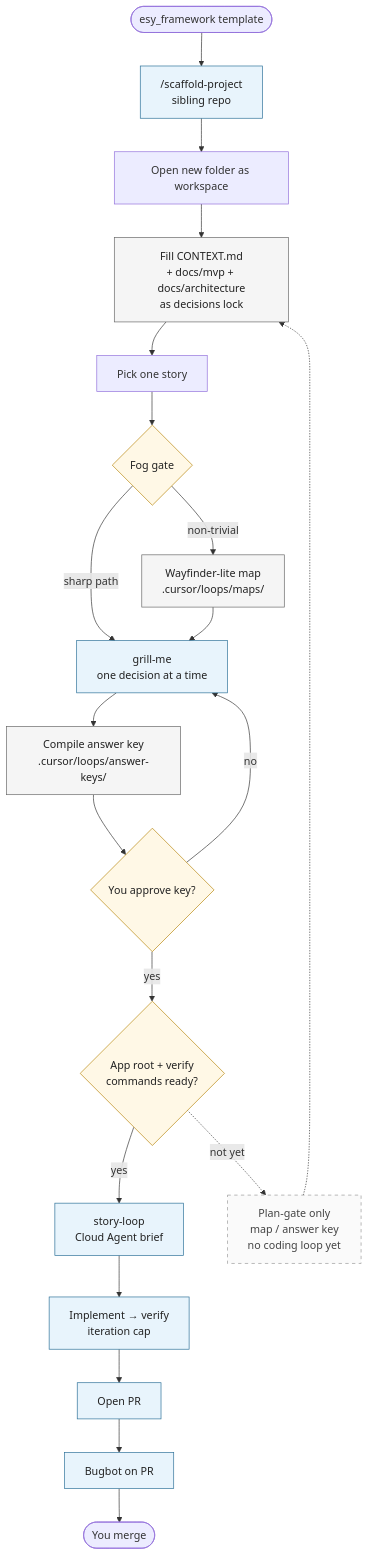
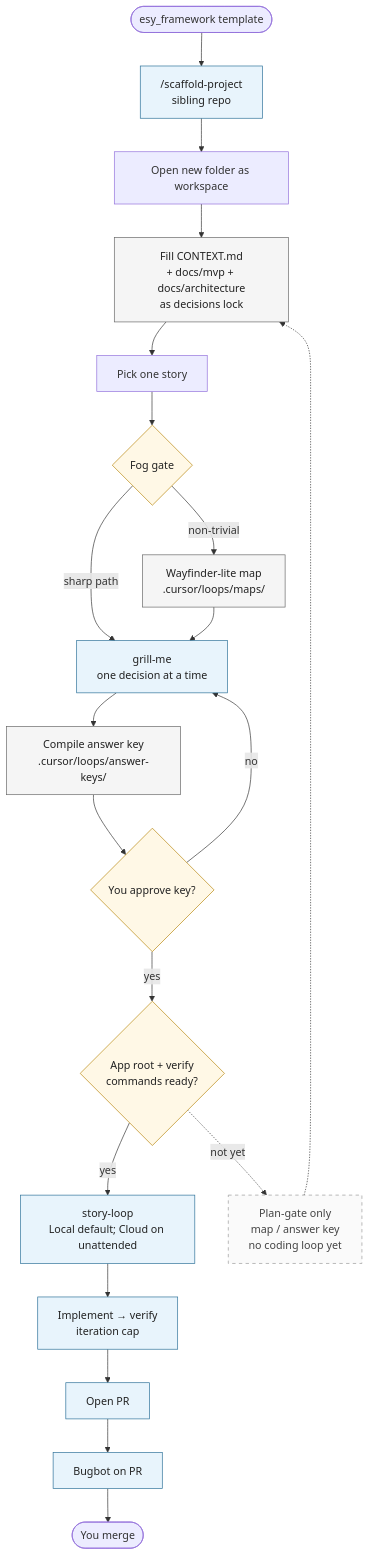
Before and after one commit to fukephp/esy_framework: the diagram in docs/diagrams/lifecycle.md, drawn with Mermaid. The commit also changed other lines of this file and 8 other files, not shown here.

````diff
--- a/docs/diagrams/lifecycle.md
+++ b/docs/diagrams/lifecycle.md
@@ -7,34 +7,34 @@
 ```mermaid
 flowchart TD
   start([esy_framework template]) --> scaffold["/scaffold-project<br/>sibling repo"]
   scaffold --> open[Open new folder as workspace]
   open --> lock["Fill CONTEXT.md<br/>+ docs/mvp + docs/architecture<br/>as decisions lock"]
   lock --> pick[Pick one story]
   pick --> fog{Fog gate}
   fog -->|non-trivial| map["Wayfinder-lite map<br/>.cursor/loops/maps/"]
   fog -->|sharp path| grill
   map --> grill["grill-me<br/>one decision at a time"]
   grill --> key["Compile answer key<br/>.cursor/loops/answer-keys/"]
   key --> approve{You approve key?}
   approve -->|no| grill
   approve -->|yes| verify{App root + verify<br/>commands ready?}
 
-  verify -->|yes| loop["story-loop<br/>Cloud Agent brief"]
+  verify -->|yes| loop["story-loop<br/>Local default; Cloud on unattended"]
   loop --> impl["Implement → verify<br/>iteration cap"]
   impl --> pr[Open PR]
   pr --> bugbot[Bugbot on PR]
   bugbot --> merge([You merge])
 
   verify -.->|not yet| planOnly["Plan-gate only<br/>map / answer key<br/>no coding loop yet"]
   planOnly -.-> lock
 
   classDef artifact fill:#f5f5f5,stroke:#666,color:#222
   classDef gate fill:#fff8e6,stroke:#b8860b,color:#222
   classDef main fill:#e8f4fc,stroke:#2a6f97,color:#222
   classDef dashed fill:#fafafa,stroke:#999,stroke-dasharray: 5 5,color:#444
 
   class lock,map,key artifact
   class fog,approve,verify gate
   class scaffold,grill,loop,impl,pr,bugbot main
   class planOnly dashed
 ```
````
